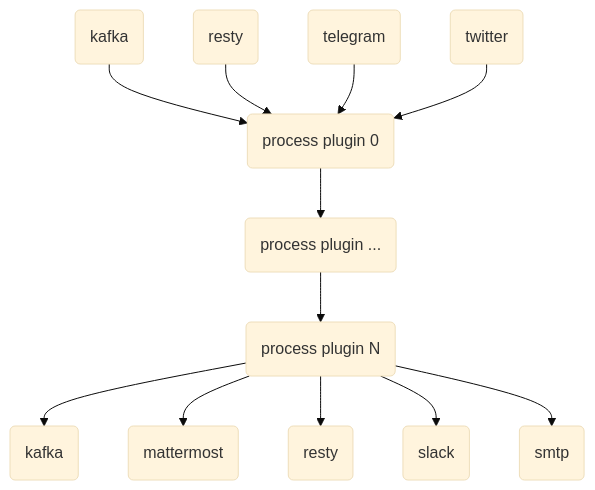
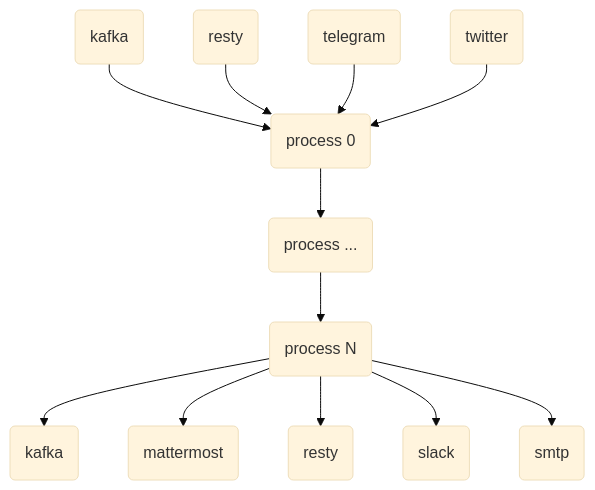
Before and after one commit to livelace/gosquito: the diagram in README.md, drawn with Mermaid (base theme).

Commit message:
mermaid experiment

````diff
--- a/README.md
+++ b/README.md
@@ -9,14 +9,14 @@
 ```mermaid
 graph TD;
-    I1(kafka)-->P1(process plugin 0);
+    I1(kafka)-->P1(process 0);
     I2(resty)-->P1;
     I3(telegram)-->P1;
     I4(twitter)-->P1;
-    P1-->P2(process plugin ...);
-    P2-->P3(process plugin N);
+    P1-->P2(process ...);
+    P2-->P3(process N);
     P3-->O1(kafka);
     P3-->O2(mattermost);
     P3-->O3(resty);
     P3-->O4(slack);
     P3-->O5(smtp);
 ```
````
